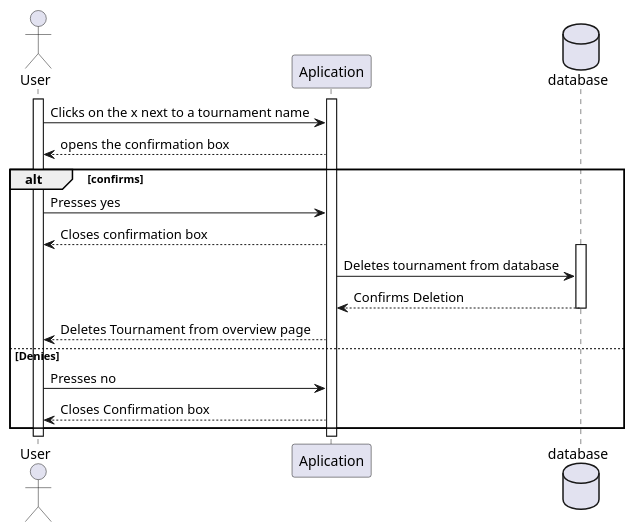
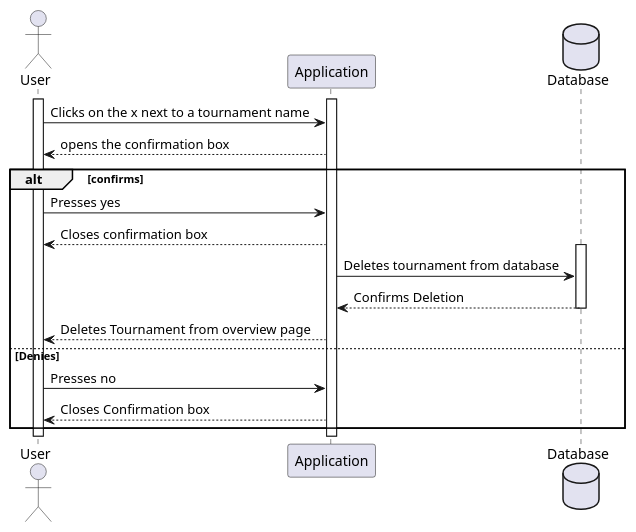
The diagram in ProjektUML/SequencediagramUserAppData/sequence_diagram_deleteTournament.wsd (itzMesh/DCST1008-Prosjekt), drawn with PlantUML before and after one commit. The commit also changed 17 other files, not shown here.

Commit message:
Sequence fix

```diff
--- a/ProjektUML/SequencediagramUserAppData/sequence_diagram_deleteTournament.wsd
+++ b/ProjektUML/SequencediagramUserAppData/sequence_diagram_deleteTournament.wsd
@@ -1,28 +1,28 @@
 @startuml createTournament
 
 actor User as U
-participant Aplication as A
-Database database as D
+participant Application as A
+Database Database as D
 
 activate U
 activate A
 
 U->A: Clicks on the x next to a tournament name
 A-->U: opens the confirmation box
 alt confirms
     U->A: Presses yes
     A-->U: Closes confirmation box
     activate D
     A->D: Deletes tournament from database
     D-->A: Confirms Deletion
     deactivate D
     A-->U: Deletes Tournament from overview page
 else Denies
     U->A: Presses no
     A-->U: Closes Confirmation box
 
 end
 
 
 
 @enduml
```
